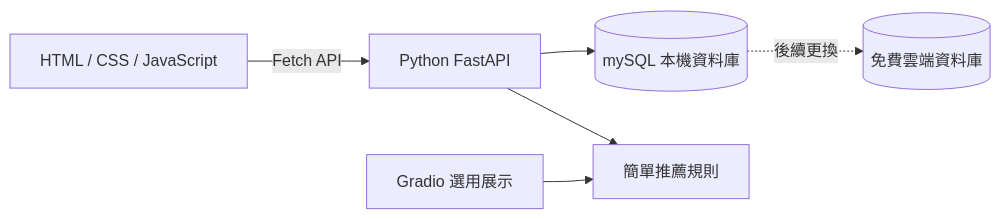
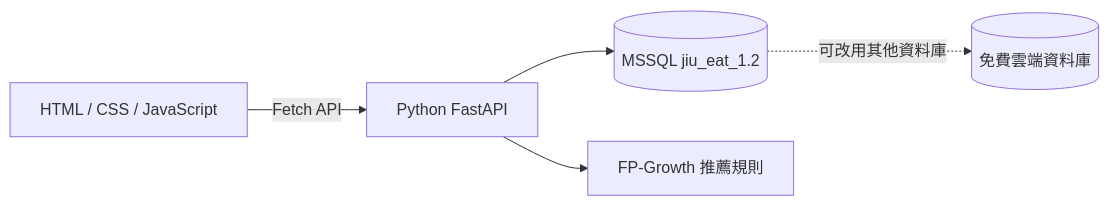
One commit to jiaming1014/Jiu_eat changed the first of 3 diagrams in docs/jiu-eat-system.md. Above: the diagram before and after it, drawn with Mermaid. The commit also changed other lines of this file and 27 other files, not shown here.

````diff
--- a/docs/jiu-eat-system.md
+++ b/docs/jiu-eat-system.md
@@ -80,8 +79,7 @@
 ```mermaid
 flowchart LR
     A[HTML / CSS / JavaScript] -->|Fetch API| B[Python FastAPI]
-    B --> C[(mySQL 本機資料庫)]
-    B --> D[簡單推薦規則]
-    E[Gradio 選用展示] --> D
-    C -. 後續更換 .-> F[(免費雲端資料庫)]
+    B --> C[(MSSQL jiu_eat_1.2)]
+    B --> D[FP-Growth 推薦規則]
+    C -. 可改用其他資料庫 .-> F[(免費雲端資料庫)]
 ```
````
